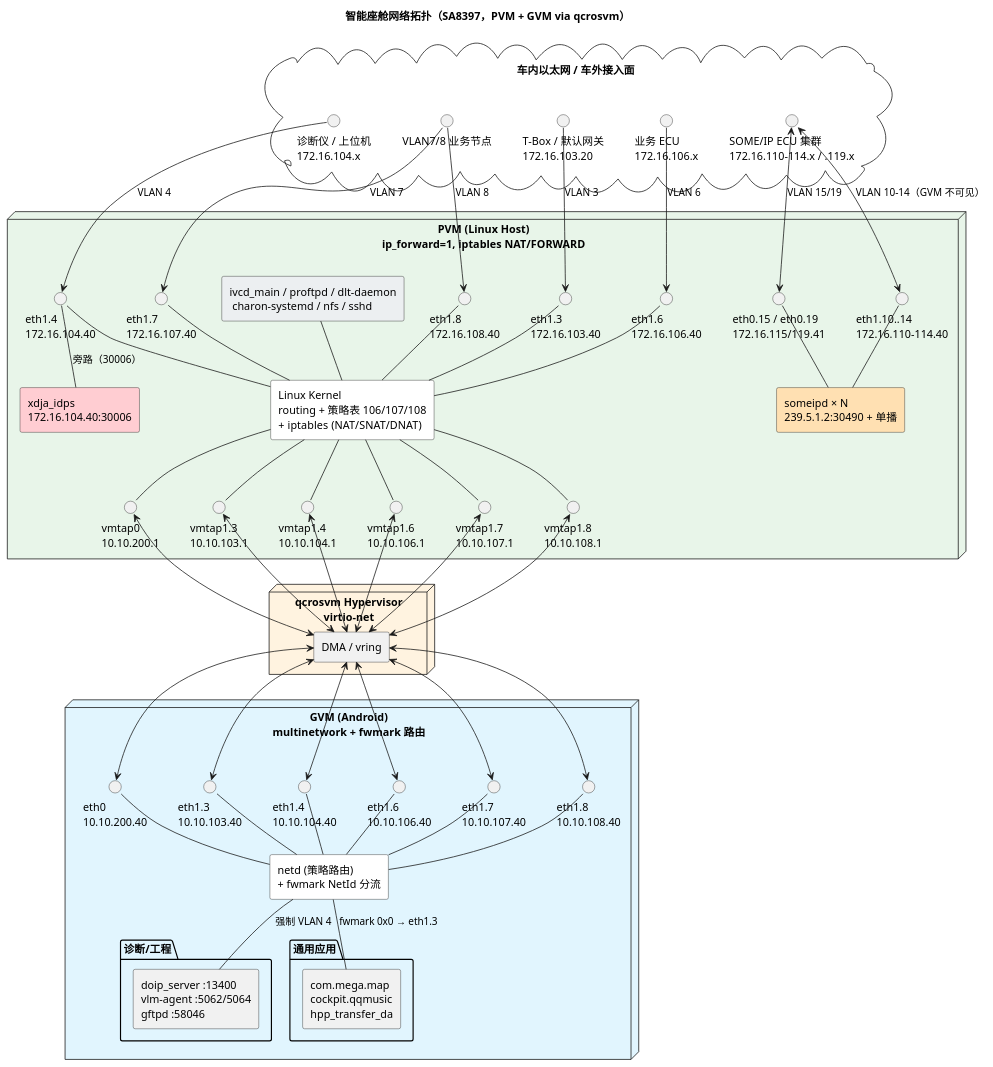
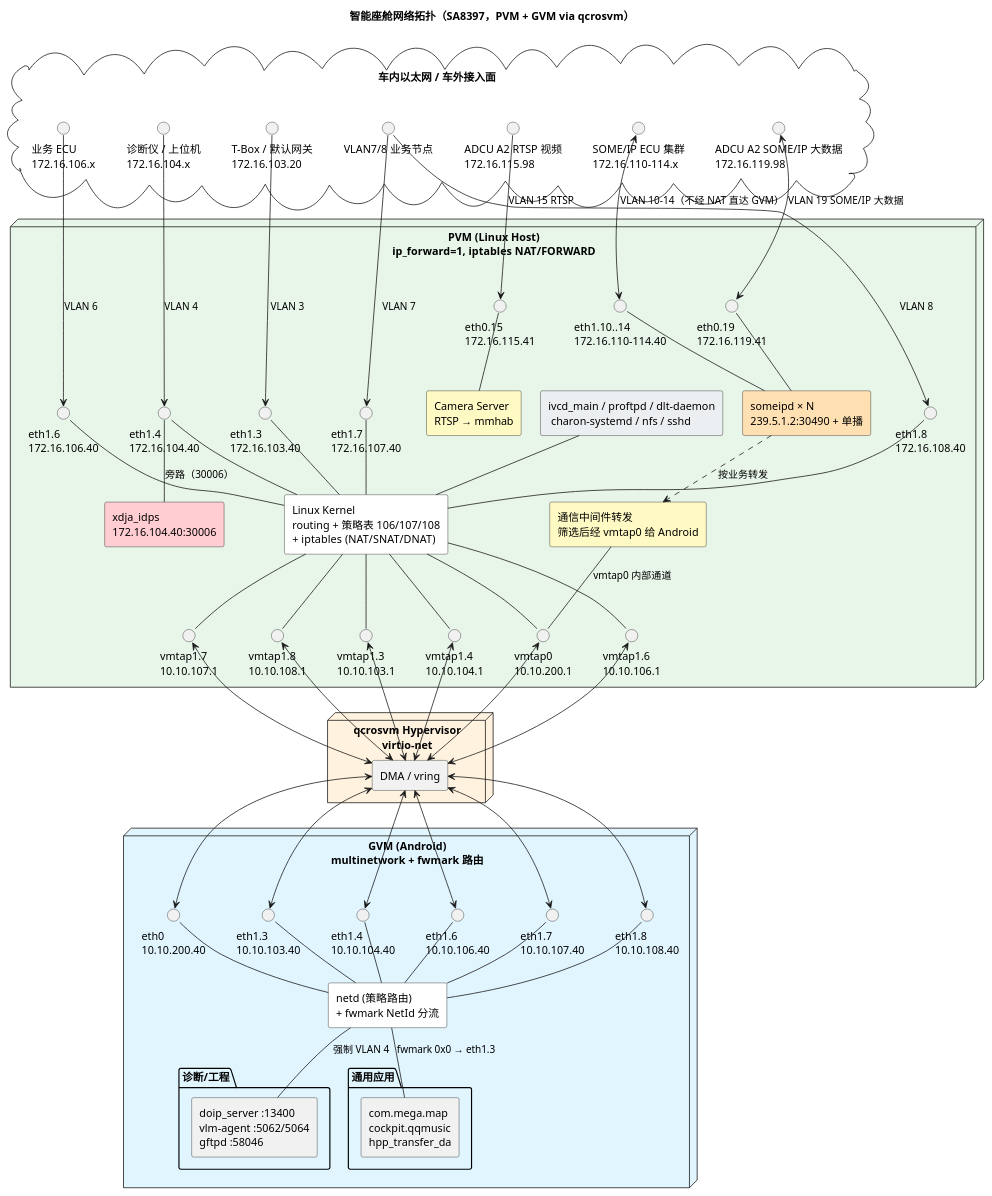
One commit to Ethen-Cao/ethenslab changed the second of 2 diagrams in work/network_topology.md. Above: the diagram before and after it, drawn with PlantUML. The commit also changed other lines of this file and 2 other files, not shown here.

```diff
--- a/work/network_topology.md
+++ b/work/network_topology.md
@@ -668,7 +722,9 @@
   interface "诊断仪 / 上位机\n172.16.104.x" as Diag
   interface "业务 ECU\n172.16.106.x" as BizECU
   interface "VLAN7/8 业务节点" as V78
-  interface "SOME/IP ECU 集群\n172.16.110-114.x / .119.x" as SOA
+  interface "SOME/IP ECU 集群\n172.16.110-114.x" as SOA
+  interface "ADCU A2 RTSP 视频\n172.16.115.98" as ADCUVideo
+  interface "ADCU A2 SOME/IP 大数据\n172.16.119.98" as ADCUData
 }
 
 node "PVM (Linux Host)\nip_forward=1, iptables NAT/FORWARD" as PVM #E8F5E9 {
@@ -678,11 +734,14 @@
   interface "eth1.7\n172.16.107.40" as P_e17
   interface "eth1.8\n172.16.108.40" as P_e18
   interface "eth1.10..14\n172.16.110-114.40" as P_e1x
-  interface "eth0.15 / eth0.19\n172.16.115/119.41" as P_e0x
+  interface "eth0.15\n172.16.115.41" as P_e015
+  interface "eth0.19\n172.16.119.41" as P_e019
 
   component "Linux Kernel\nrouting + 策略表 106/107/108\n+ iptables (NAT/SNAT/DNAT)" as Kernel #FFFFFF
   component "xdja_idps\n172.16.104.40:30006" as IDPS #FFCDD2
   component "someipd × N\n239.5.1.2:30490 + 单播" as SOMEIPD #FFE0B2
+  component "Camera Server\nRTSP → mmhab" as CameraServer #FFF9C4
+  component "通信中间件转发\n筛选后经 vmtap0 给 Android" as CommMW #FFF9C4
   component "ivcd_main / proftpd / dlt-daemon\n charon-systemd / nfs / sshd" as PVMSvc #ECEFF1
 
   interface "vmtap0\n10.10.200.1" as V0
@@ -720,8 +779,9 @@
 BizECU --> P_e16 : VLAN 6
 V78 --> P_e17 : VLAN 7
 V78 --> P_e18 : VLAN 8
-SOA <--> P_e1x : VLAN 10-14（GVM 不可见）
-SOA <--> P_e0x : VLAN 15/19
+SOA <--> P_e1x : VLAN 10-14（不经 NAT 直达 GVM）
+ADCUVideo --> P_e015 : VLAN 15 RTSP
+ADCUData <--> P_e019 : VLAN 19 SOME/IP 大数据
 
 ' --- PVM 内部 ---
 P_e13 -down- Kernel
@@ -731,7 +791,10 @@
 P_e17 -down- Kernel
 P_e18 -down- Kernel
 P_e1x -down- SOMEIPD
-P_e0x -down- SOMEIPD
+P_e015 -down- CameraServer
+P_e019 -down- SOMEIPD
+SOMEIPD ..> CommMW : 按业务转发
+CommMW -down- V0 : vmtap0 内部通道
 PVMSvc -- Kernel
 Kernel -down- V0
 Kernel -down- V13
```
